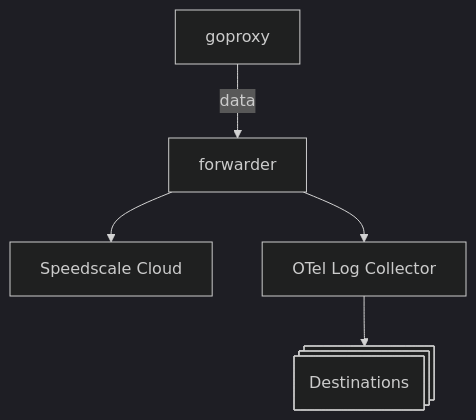
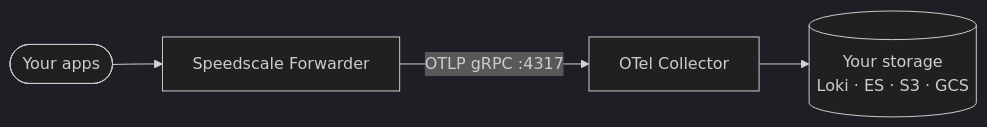
The diagram in docs/guides/byoc.md (speedscale/docs), drawn with Mermaid (dark theme) before and after one commit. The commit also changed other lines of this file, not shown here.

First line of the commit message:
docs(byoc): rewrite BYOC guide for public Helm charts + 4 backends

````diff
--- a/docs/guides/byoc.md
+++ b/docs/guides/byoc.md
@@ -46,10 +20,6 @@
 ```mermaid
-graph TD
-    goproxy -->|data| forwarder
-    forwarder --> speedscale[Speedscale Cloud]
-    forwarder --> collector[OTel Log Collector]
-    collector --> output
-
-    output@{ shape: processes, label: "Destinations" }
-
+flowchart LR
+    apps([Your apps]) --> fwd[Speedscale Forwarder]
+    fwd -->|OTLP gRPC :4317| col[OTel Collector]
+    col --> storage[(Your storage<br/>Loki · ES · S3 · GCS)]
 ```
````
